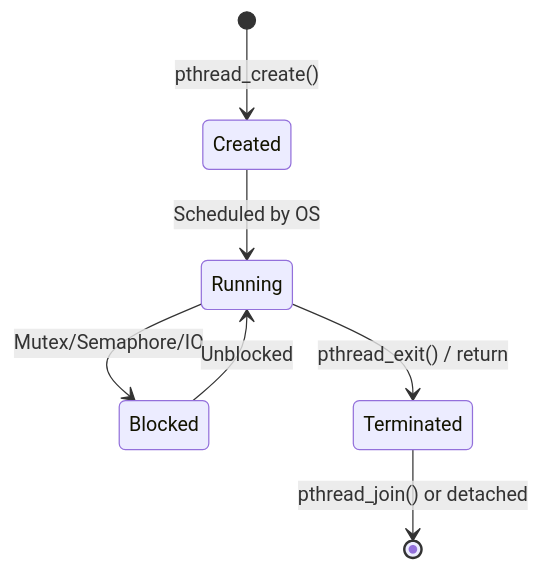
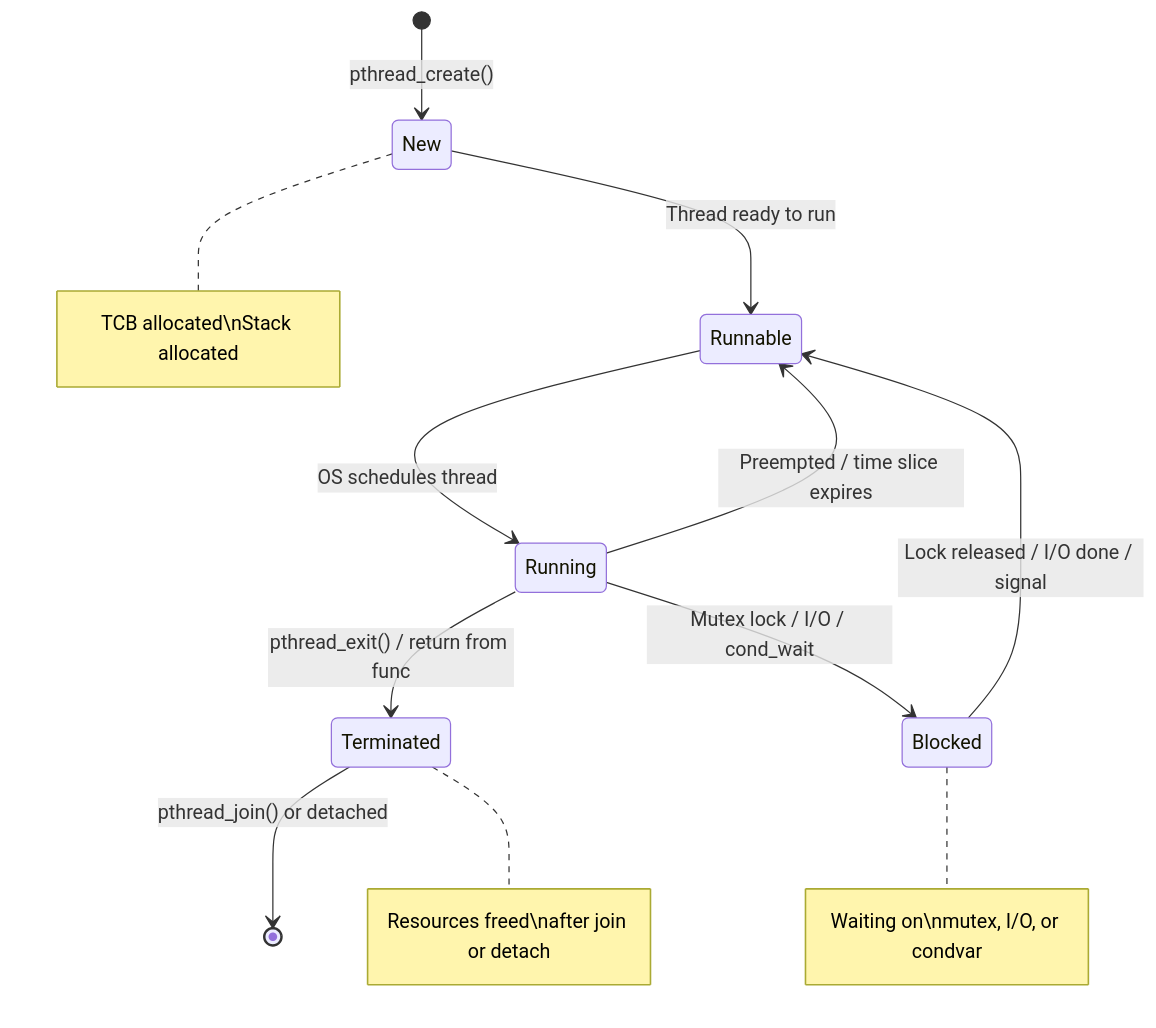
One commit to vanos001/placement_prep changed the second of 5 diagrams in src/os/threads/README.md. Above: the diagram before and after it, drawn with Mermaid. The commit also changed other lines of this file and 31 other files, not shown here.

````diff
--- a/src/os/threads/README.md
+++ b/src/os/threads/README.md
@@ -100,9 +68,15 @@
 ```mermaid
 stateDiagram-v2
-    [*] --> Created: pthread_create()
-    Created --> Running: Scheduled by OS
-    Running --> Blocked: Mutex/Semaphore/IO
-    Blocked --> Running: Unblocked
-    Running --> Terminated: pthread_exit() / return
+    [*] --> New: pthread_create()
+    New --> Runnable: Thread ready to run
+    Runnable --> Running: OS schedules thread
+    Running --> Runnable: Preempted / time slice expires
+    Running --> Blocked: Mutex lock / I/O / cond_wait
+    Blocked --> Runnable: Lock released / I/O done / signal
+    Running --> Terminated: pthread_exit() / return from func
     Terminated --> [*]: pthread_join() or detached
+
+    note right of New: TCB allocated\nStack allocated
+    note right of Blocked: Waiting on\nmutex, I/O, or condvar
+    note right of Terminated: Resources freed\nafter join or detach
 ```
````
